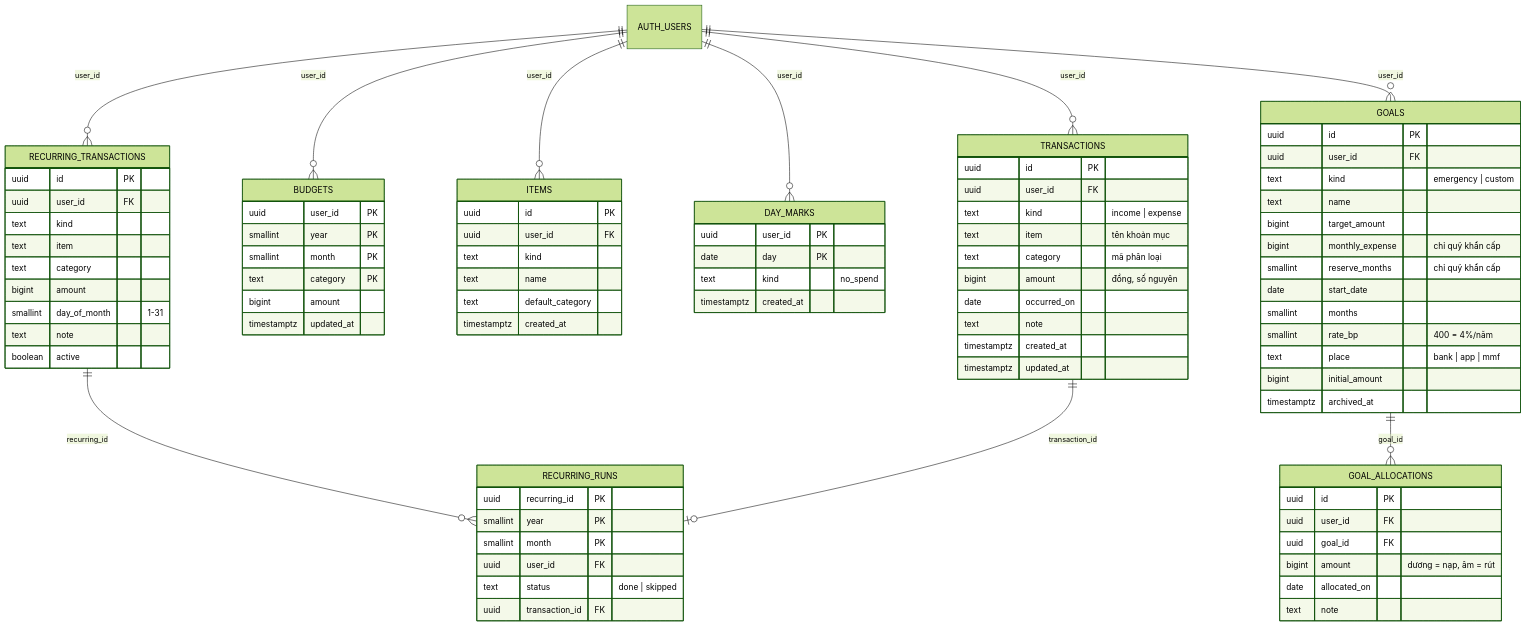
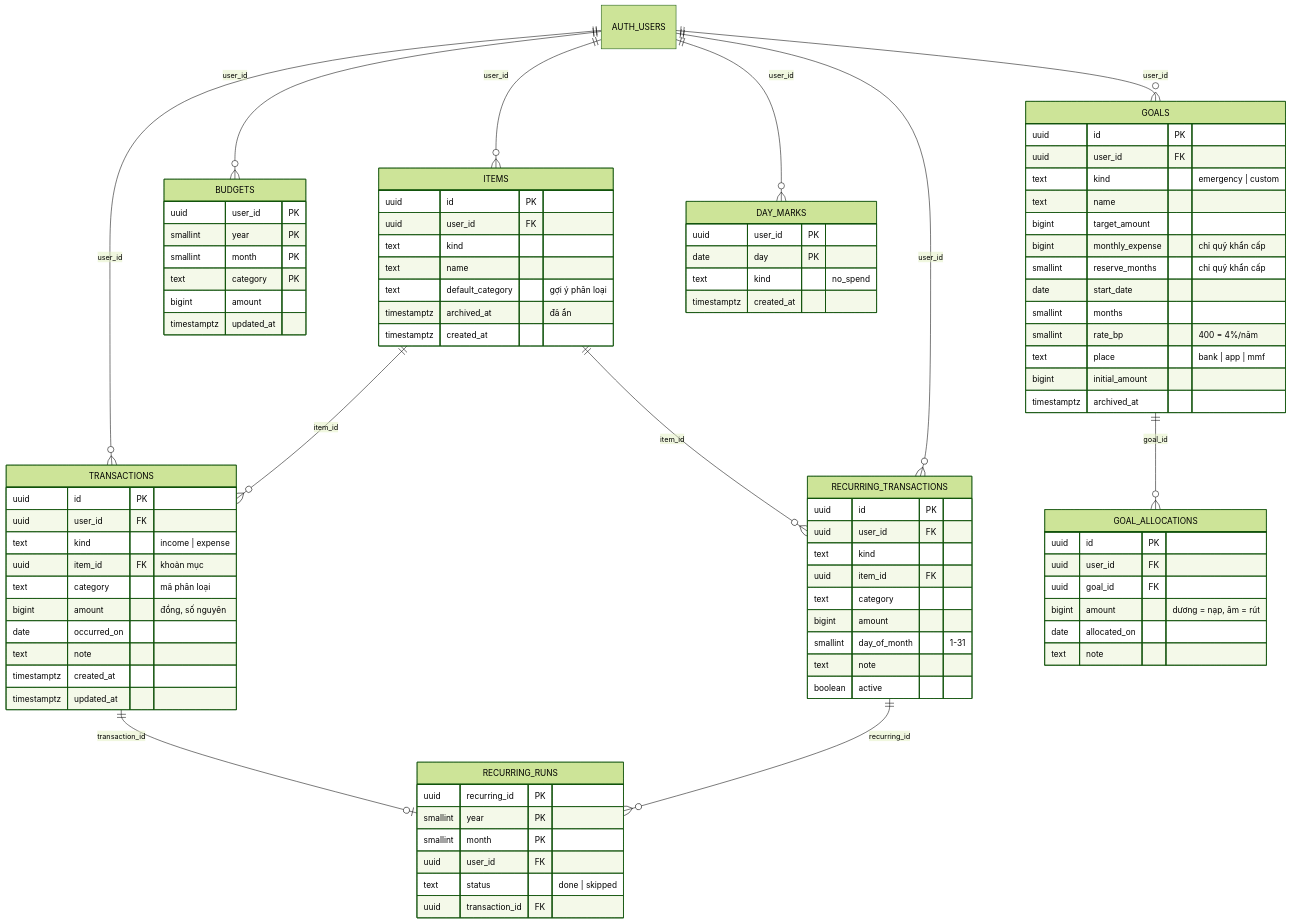
Before and after one commit to tienhuynh100904-lang/ct9-personal-finance: the diagram in docs/database.md, drawn with Mermaid (forest theme). The commit also changed other lines of this file and 34 other files, not shown here.

First line of the commit message:
feat: refactor item handling and transactions

```diff
--- a/docs/database.md
+++ b/docs/database.md
@@ -81,6 +81,8 @@
     AUTH_USERS ||--o{ TRANSACTIONS : "user_id"
     AUTH_USERS ||--o{ BUDGETS : "user_id"
     AUTH_USERS ||--o{ ITEMS : "user_id"
+    ITEMS ||--o{ TRANSACTIONS : "item_id"
+    ITEMS ||--o{ RECURRING_TRANSACTIONS : "item_id"
     AUTH_USERS ||--o{ DAY_MARKS : "user_id"
     AUTH_USERS ||--o{ RECURRING_TRANSACTIONS : "user_id"
     RECURRING_TRANSACTIONS ||--o{ RECURRING_RUNS : "recurring_id"
@@ -92,7 +94,7 @@
         uuid id PK
         uuid user_id FK
         text kind "income | expense"
-        text item "tên khoản mục"
+        uuid item_id FK "khoản mục"
         text category "mã phân loại"
         bigint amount "đồng, số nguyên"
         date occurred_on
@@ -113,7 +115,8 @@
         uuid user_id FK
         text kind
         text name
-        text default_category
+        text default_category "gợi ý phân loại"
+        timestamptz archived_at "đã ẩn"
         timestamptz created_at
     }
     DAY_MARKS {
@@ -126,7 +129,7 @@
         uuid id PK
         uuid user_id FK
         text kind
-        text item
+        uuid item_id FK
         text category
         bigint amount
         smallint day_of_month "1-31"
```
